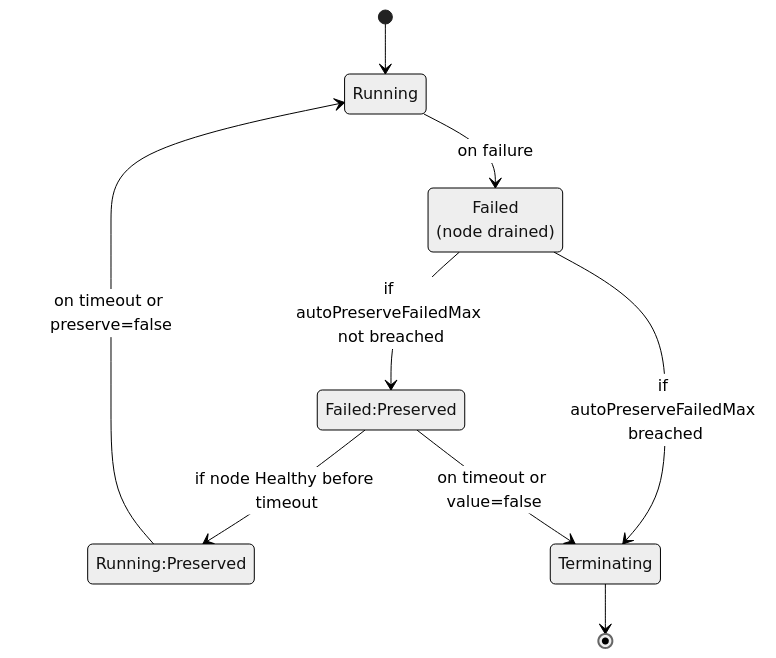
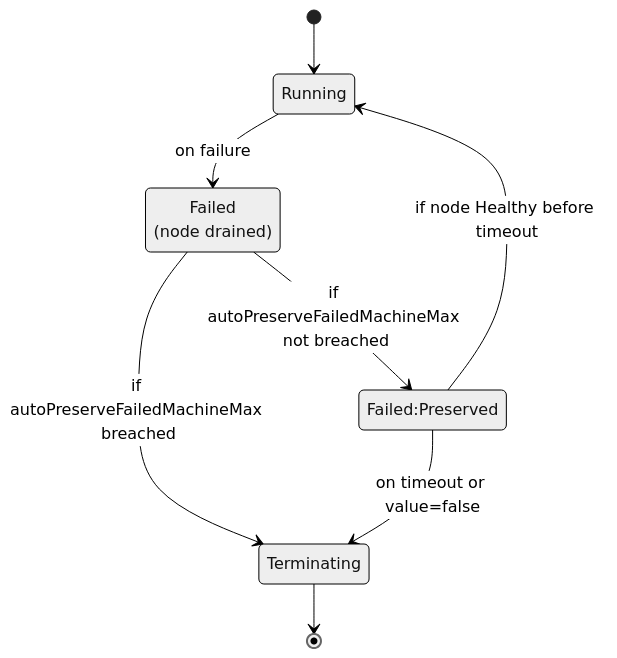
Before and after one commit to gardener/machine-controller-manager: the second of 2 diagrams in docs/proposals/machine-preservation.md, drawn with Mermaid (neutral theme). The commit also changed other lines of this file and 33 other files, not shown here.

````diff
--- a/docs/proposals/machine-preservation.md
+++ b/docs/proposals/machine-preservation.md
@@ -95,17 +96,15 @@
     ```mermaid
     stateDiagram-v2
         state "Running" as R
-        state "Running:Preserved" as RP
         state "Failed
         (node drained)" as F
         state "Failed:Preserved" as FP
         state "Terminating" as T
         [*] --> R
         R-->F: on failure
-        F --> FP: if autoPreserveFailedMax not breached
-        F --> T: if autoPreserveFailedMax breached
+        F --> FP: if autoPreserveFailedMachineMax not breached
+        F --> T: if autoPreserveFailedMachineMax breached
         FP --> T: on timeout or value=false
-        FP --> RP : if node Healthy before timeout
-        RP --> R: on timeout or preserve=false
+        FP --> R : if node Healthy before timeout
         T --> [*]
     ```
````
